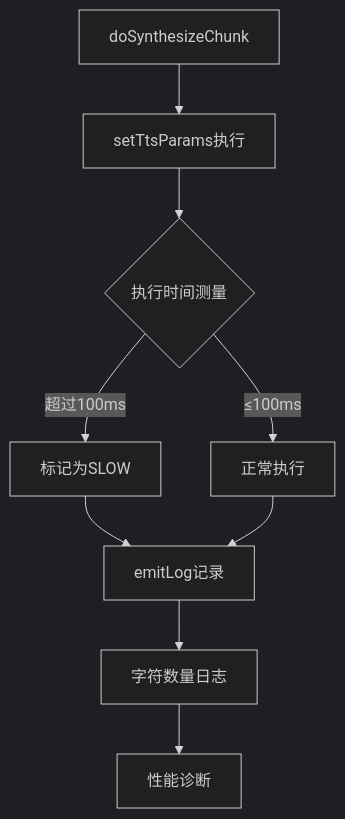
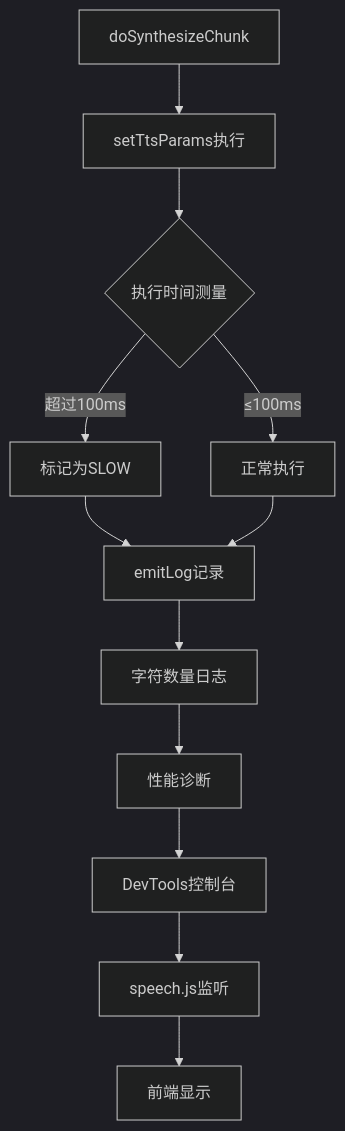
Before and after one commit to zhao-zg/cx: the sixth of 7 diagrams in .qoder/repowiki/zh/content/移动应用开发/TTS静态实例管理系统.md, drawn with Mermaid (dark theme). The commit also changed other lines of this file and 34 other files, not shown here.

````diff
--- a/.qoder/repowiki/zh/content/移动应用开发/TTS静态实例管理系统.md
+++ b/.qoder/repowiki/zh/content/移动应用开发/TTS静态实例管理系统.md
@@ -294,11 +305,14 @@
 ```mermaid
 flowchart TD
 A[doSynthesizeChunk] --> B[setTtsParams执行]
 B --> C{执行时间测量}
 C --> |超过100ms| D[标记为SLOW]
 C --> |≤100ms| E[正常执行]
 D --> F[emitLog记录]
 E --> F
 F --> G[字符数量日志]
 G --> H[性能诊断]
+H --> I[DevTools控制台]
+I --> J[speech.js监听]
+J --> K[前端显示]
 ```
````
